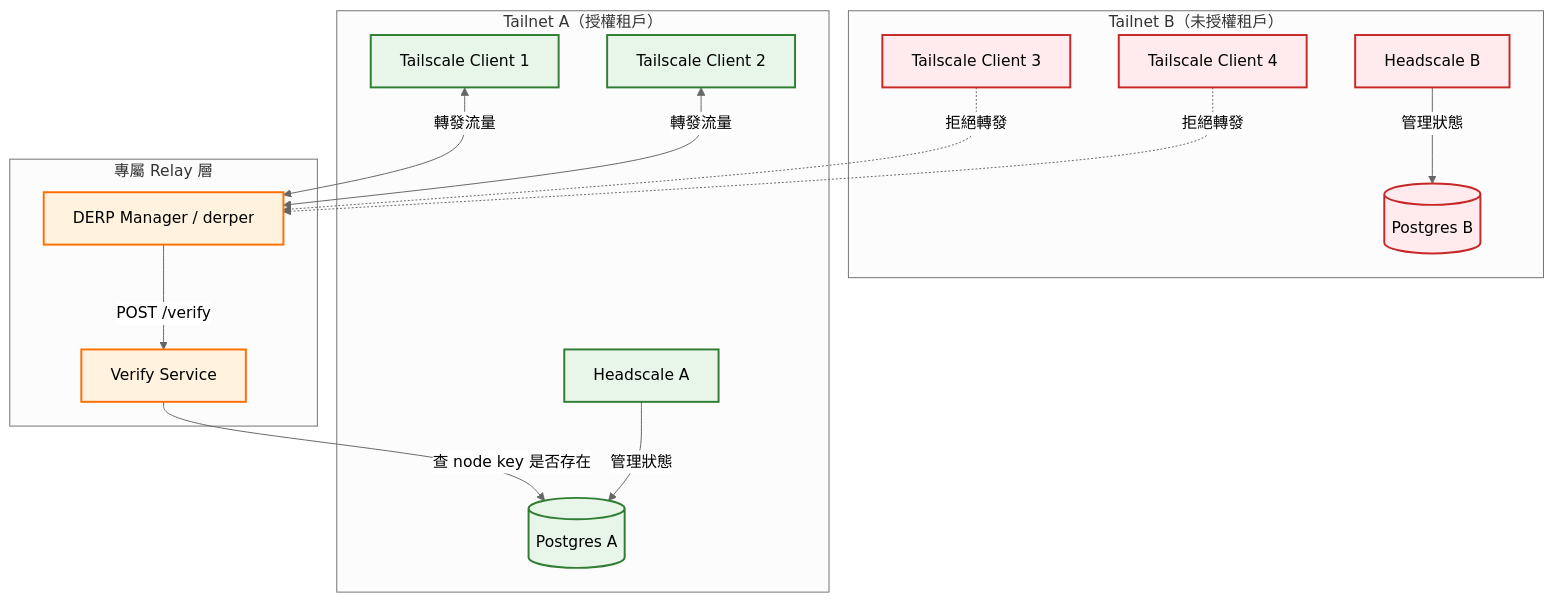
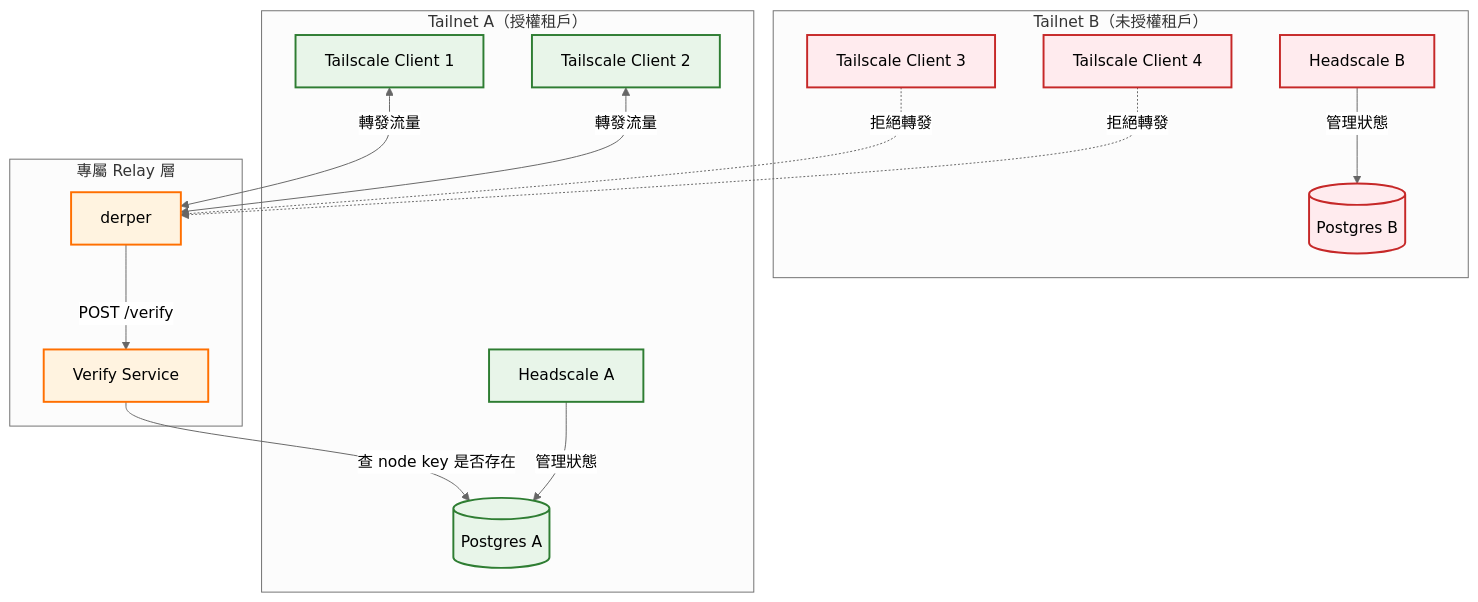
One commit to G36maid/g36maid-blog changed the diagram in src/content/post/derp-verification-decoupling.md. Above: the diagram before and after it, drawn with Mermaid (neutral theme). The commit also changed other lines of this file, not shown here.

Commit message:
Rewrite derp-verification-decoupling as deidentified open-source-based article

````diff
--- a/src/content/post/derp-verification-decoupling.md
+++ b/src/content/post/derp-verification-decoupling.md
@@ -95,37 +92,37 @@
 ```mermaid
 graph TD
     subgraph "Tailnet A（授權租戶）"
         TS1[Tailscale Client 1]
         TS2[Tailscale Client 2]
         HS_A[Headscale A]
         DB_A[(Postgres A)]
     end
 
     subgraph "Tailnet B（未授權租戶）"
         TS3[Tailscale Client 3]
         TS4[Tailscale Client 4]
         HS_B[Headscale B]
         DB_B[(Postgres B)]
     end
 
     subgraph "專屬 Relay 層"
-        DERP[DERP Manager / derper]
+        DERP[derper]
         MVS[Verify Service]
     end
 
     TS1 <-->|轉發流量| DERP
     TS2 <-->|轉發流量| DERP
     HS_A -->|管理狀態| DB_A
     TS3 -.->|拒絕轉發| DERP
     TS4 -.->|拒絕轉發| DERP
     HS_B -->|管理狀態| DB_B
     DERP -- "POST /verify" --> MVS
     MVS -- "查 node key 是否存在" --> DB_A
 
     classDef authorized fill:#e8f5e9,stroke:#2e7d32,stroke-width:2px;
     classDef unauthorized fill:#ffebee,stroke:#c62828,stroke-width:2px;
     classDef relay fill:#fff3e0,stroke:#ff6f00,stroke-width:2px;
     class TS1,TS2,HS_A,DB_A authorized;
     class TS3,TS4,HS_B,DB_B unauthorized;
     class DERP,MVS relay;
 ```
````
